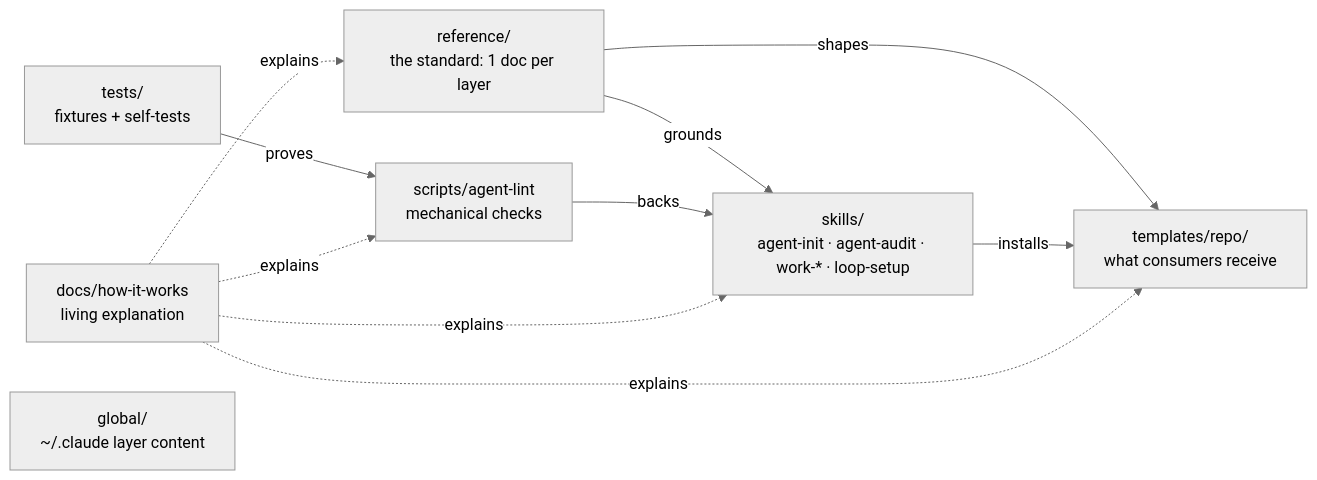
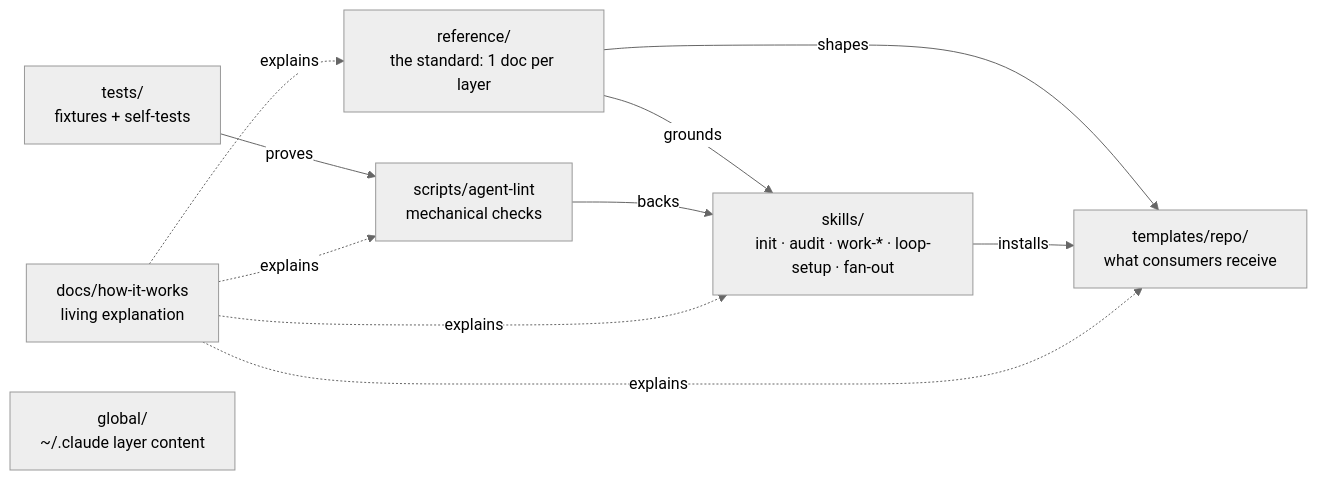
The first of 2 diagrams in docs/how-it-works/architecture.md (bygama/Agent-Engineering), drawn with Mermaid (neutral theme) before and after one commit. The commit also changed other lines of this file and 4 other files, not shown here.

````diff
--- a/docs/how-it-works/architecture.md
+++ b/docs/how-it-works/architecture.md
@@ -17,10 +17,10 @@
 ```mermaid
 flowchart LR
-    REF["reference/<br/>the standard: 1 doc per layer"] -->|grounds| SK["skills/<br/>agent-init · agent-audit · work-* · loop-setup"]
+    REF["reference/<br/>the standard: 1 doc per layer"] -->|grounds| SK["skills/<br/>init · audit · work-* · loop-setup · fan-out"]
     REF -->|shapes| TPL["templates/repo/<br/>what consumers receive"]
     SK -->|installs| TPL
     SCR["scripts/agent-lint<br/>mechanical checks"] -->|backs| SK
     TST["tests/<br/>fixtures + self-tests"] -->|proves| SCR
     DOCS["docs/how-it-works<br/>living explanation"] -.->|explains| REF & SK & TPL & SCR
     GLB["global/<br/>~/.claude layer content"]
 ```
````
